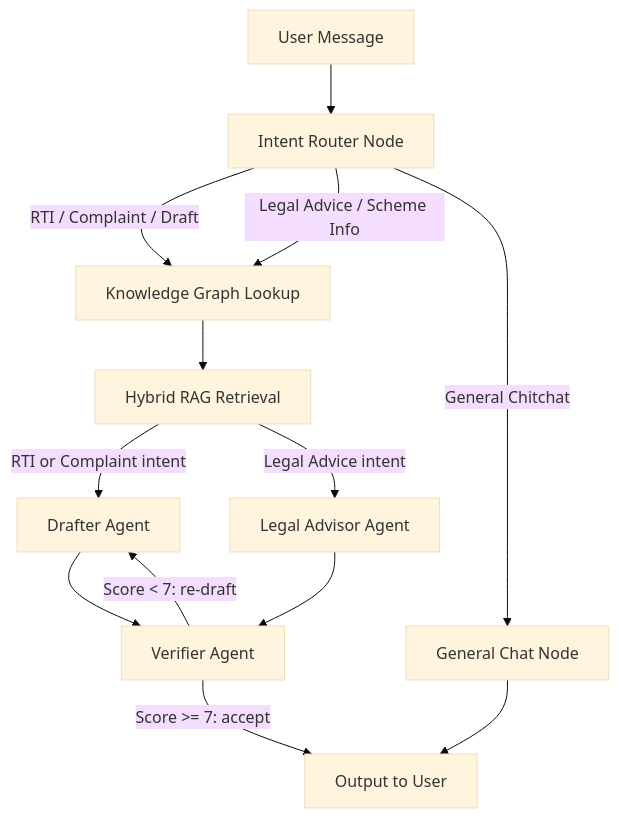
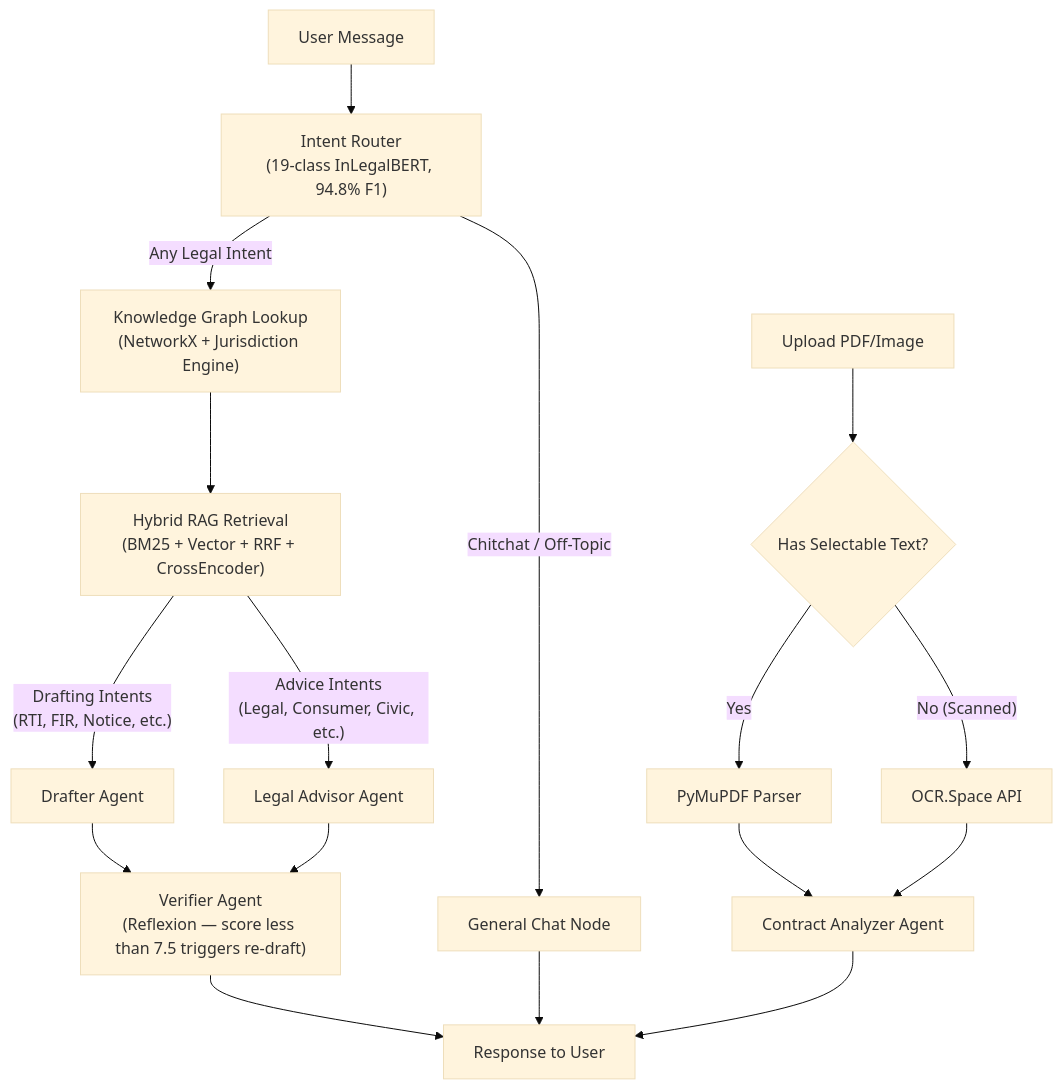
One commit to Manas8112/Jansathi changed the diagram in README.md. Above: the diagram before and after it, drawn with Mermaid (base theme). The commit also changed other lines of this file and 84 other files, not shown here.

````diff
--- a/README.md
+++ b/README.md
@@ -28,20 +28,31 @@
 ```mermaid
 graph TD
-    A["User Message"] --> B["Intent Router Node"]
-    
-    B -->|"RTI / Complaint / Draft"| C["Knowledge Graph Lookup"]
-    B -->|"Legal Advice / Scheme Info"| C
-    B -->|"General Chitchat"| G["General Chat Node"]
-    
-    C --> D["Hybrid RAG Retrieval"]
-    
-    D -->|"RTI or Complaint intent"| E["Drafter Agent"]
-    D -->|"Legal Advice intent"| F["Legal Advisor Agent"]
-    
-    E --> H["Verifier Agent"]
+    A["User Message"] --> B["Intent Router
+(19-class InLegalBERT, 94.8% F1)"]
+
+    B -->|"Chitchat / Off-Topic"| G["General Chat Node"]
+    B -->|"Any Legal Intent"| C["Knowledge Graph Lookup
+(NetworkX + Jurisdiction Engine)"]
+
+    C --> D["Hybrid RAG Retrieval
+(BM25 + Vector + RRF + CrossEncoder)"]
+
+    D -->|"Drafting Intents
+(RTI, FIR, Notice, etc.)"| E["Drafter Agent"]
+    D -->|"Advice Intents
+(Legal, Consumer, Civic, etc.)"| F["Legal Advisor Agent"]
+
+    E --> H["Verifier Agent
+(Reflexion — score less than 7.5 triggers re-draft)"]
     F --> H
-    
-    H -->|"Score < 7: re-draft"| E
-    H -->|"Score >= 7: accept"| I["Output to User"]
+
+    H --> I["Response to User"]
     G --> I
+
+    Doc["Upload PDF/Image"] --> OCR{"Has Selectable Text?"}
+    OCR -->|"Yes"| PyMuPDF["PyMuPDF Parser"]
+    OCR -->|"No (Scanned)"| OCRAPI["OCR.Space API"]
+    PyMuPDF --> Analyzer["Contract Analyzer Agent"]
+    OCRAPI --> Analyzer
+    Analyzer --> I
 ```
````
